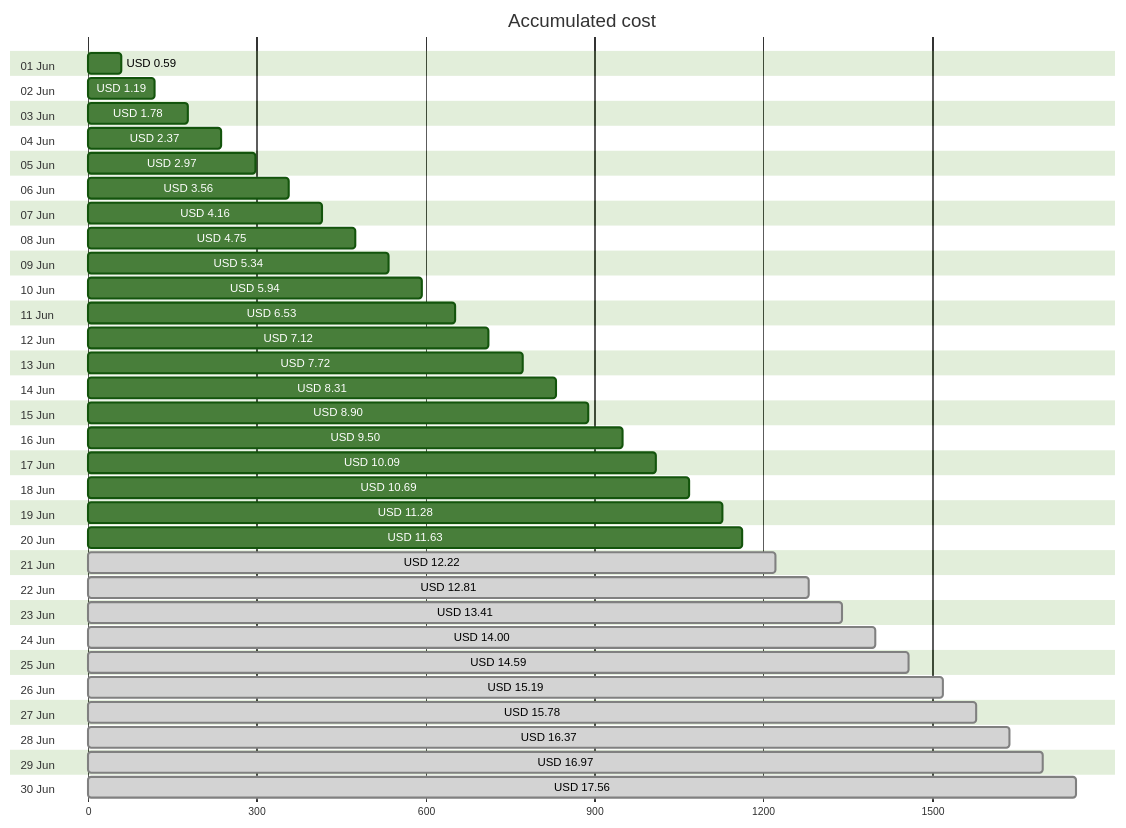
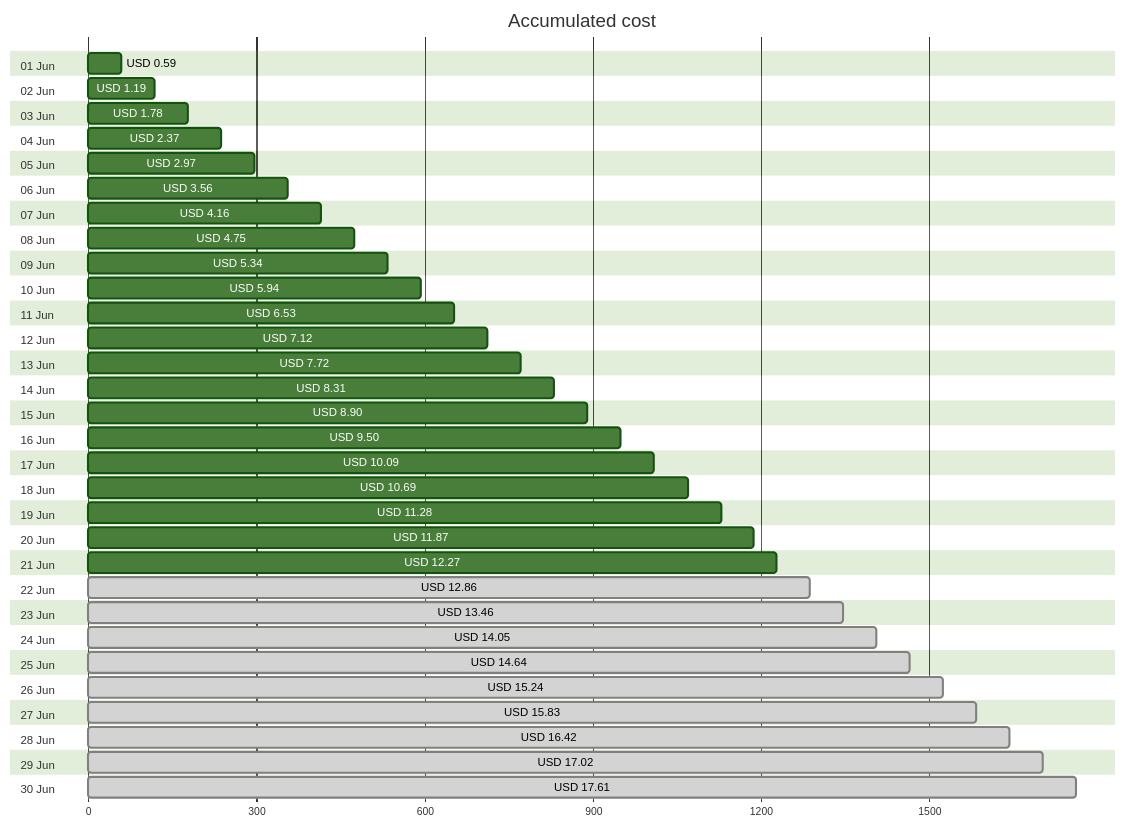
One commit to jpfulton/azure-personal-reports changed the first of 4 diagrams in cost-reports/personal-site/README.md. Above: the diagram before and after it, drawn with Mermaid (forest theme). The commit also changed other lines of this file and 6 other files, not shown here.

````diff
--- a/cost-reports/personal-site/README.md
+++ b/cost-reports/personal-site/README.md
@@ -20,66 +20,66 @@
 ```mermaid
 gantt
    title Accumulated cost
    dateFormat  X
    axisFormat %s
    section 01 Jun
    USD 0.59 :0, 59
    section 02 Jun
    USD 1.19 :0, 119
    section 03 Jun
    USD 1.78 :0, 178
    section 04 Jun
    USD 2.37 :0, 237
    section 05 Jun
    USD 2.97 :0, 297
    section 06 Jun
    USD 3.56 :0, 356
    section 07 Jun
    USD 4.16 :0, 416
    section 08 Jun
    USD 4.75 :0, 475
    section 09 Jun
    USD 5.34 :0, 534
    section 10 Jun
    USD 5.94 :0, 594
    section 11 Jun
    USD 6.53 :0, 653
    section 12 Jun
    USD 7.12 :0, 712
    section 13 Jun
    USD 7.72 :0, 772
    section 14 Jun
    USD 8.31 :0, 831
    section 15 Jun
    USD 8.90 :0, 890
    section 16 Jun
    USD 9.50 :0, 950
    section 17 Jun
    USD 10.09 :0, 1009
    section 18 Jun
    USD 10.69 :0, 1069
    section 19 Jun
    USD 11.28 :0, 1128
    section 20 Jun
-   USD 11.63 :0, 1163
+   USD 11.87 :0, 1187
    section 21 Jun
-   USD 12.22 : done, 0, 1222
+   USD 12.27 :0, 1227
    section 22 Jun
-   USD 12.81 : done, 0, 1281
+   USD 12.86 : done, 0, 1286
    section 23 Jun
-   USD 13.41 : done, 0, 1341
+   USD 13.46 : done, 0, 1346
    section 24 Jun
-   USD 14.00 : done, 0, 1400
+   USD 14.05 : done, 0, 1405
    section 25 Jun
-   USD 14.59 : done, 0, 1459
+   USD 14.64 : done, 0, 1464
    section 26 Jun
-   USD 15.19 : done, 0, 1519
+   USD 15.24 : done, 0, 1524
    section 27 Jun
-   USD 15.78 : done, 0, 1578
+   USD 15.83 : done, 0, 1583
    section 28 Jun
-   USD 16.37 : done, 0, 1637
+   USD 16.42 : done, 0, 1642
    section 29 Jun
-   USD 16.97 : done, 0, 1697
+   USD 17.02 : done, 0, 1702
    section 30 Jun
-   USD 17.56 : done, 0, 1756
+   USD 17.61 : done, 0, 1761
 ```
````
